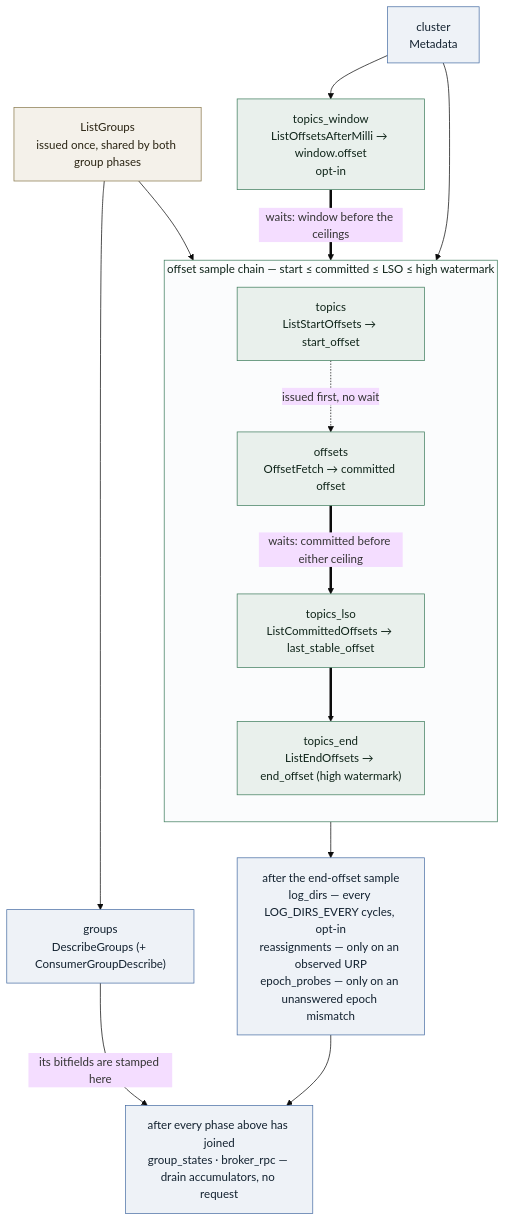
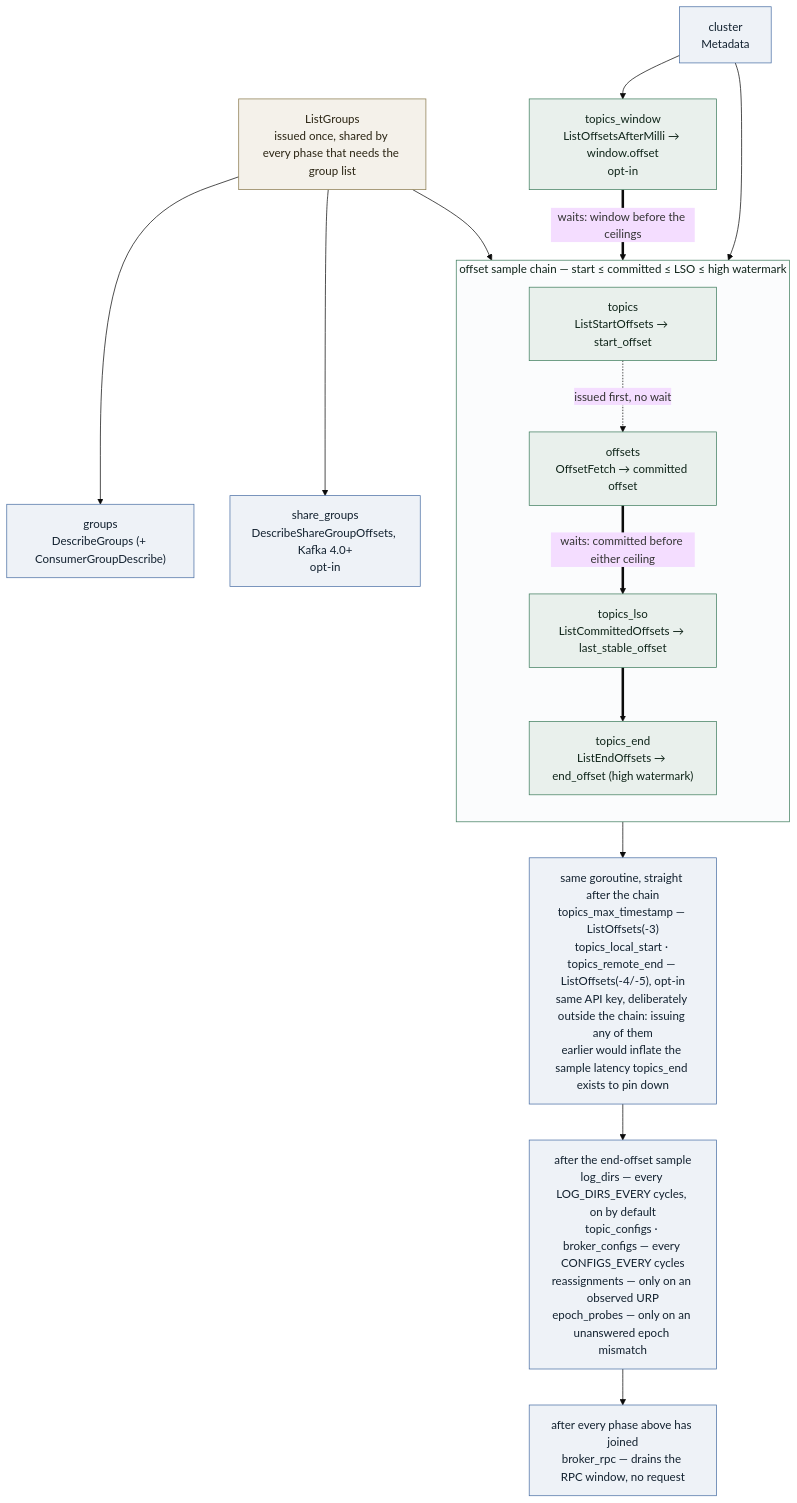
Before and after one commit to streamsight-labs/streamsight-agent: the second of 2 diagrams in README.md, drawn with Mermaid (base theme). The commit also changed other lines of this file and 24 other files, not shown here.

First line of the commit message:
fix(deploy): stop pinning stale cadences in chart/manifests, default … (#8)

````diff
--- a/README.md
+++ b/README.md
@@ -52,38 +52,42 @@
 ```mermaid
 flowchart TB
     MD["cluster<br/>Metadata"]
-    LG["ListGroups<br/>issued once, shared by both group phases"]
+    LG["ListGroups<br/>issued once, shared by every phase that needs the group list"]
     GR["groups<br/>DescribeGroups (+ ConsumerGroupDescribe)"]
+    SG["share_groups<br/>DescribeShareGroupOffsets, Kafka 4.0+<br/>opt-in"]
     WN["topics_window<br/>ListOffsetsAfterMilli → window.offset<br/>opt-in"]
 
     subgraph chain["offset sample chain — start ≤ committed ≤ LSO ≤ high watermark"]
         direction TB
         TS["topics<br/>ListStartOffsets → start_offset"]
         OF["offsets<br/>OffsetFetch → committed offset"]
         LSO["topics_lso<br/>ListCommittedOffsets → last_stable_offset"]
         EN["topics_end<br/>ListEndOffsets → end_offset (high watermark)"]
         TS -. "issued first, no wait" .-> OF
         OF == "waits: committed before either ceiling" ==> LSO
         LSO ==> EN
     end
 
-    POST["after the end-offset sample<br/>log_dirs — every LOG_DIRS_EVERY cycles, opt-in<br/>reassignments — only on an observed URP<br/>epoch_probes — only on an unanswered epoch mismatch"]
-    JOIN["after every phase above has joined<br/>group_states · broker_rpc — drain accumulators, no request"]
+    EXTRA["same goroutine, straight after the chain<br/>topics_max_timestamp — ListOffsets(-3)<br/>topics_local_start · topics_remote_end — ListOffsets(-4/-5), opt-in<br/>same API key, deliberately outside the chain: issuing any of them<br/>earlier would inflate the sample latency topics_end exists to pin down"]
+
+    POST["after the end-offset sample<br/>log_dirs — every LOG_DIRS_EVERY cycles, on by default<br/>topic_configs · broker_configs — every CONFIGS_EVERY cycles<br/>reassignments — only on an observed URP<br/>epoch_probes — only on an unanswered epoch mismatch"]
+    JOIN["after every phase above has joined<br/>broker_rpc — drains the RPC window, no request"]
 
     MD --> chain
     MD --> WN
     LG --> GR
+    LG --> SG
     LG --> OF
     WN == "waits: window before the ceilings" ==> LSO
-    EN --> POST
+    EN --> EXTRA
+    EXTRA --> POST
     POST --> JOIN
-    GR -- "its bitfields are stamped here" --> JOIN
 
     classDef phase fill:#eef2f7,stroke:#4a6fa5,color:#12212f
     classDef shared fill:#f4f1ea,stroke:#8a7a4e,color:#2a2413
     classDef link fill:#e9f0ec,stroke:#3f7d5e,color:#0f2419
-    class MD,GR,POST,JOIN phase
+    class MD,GR,SG,EXTRA,POST,JOIN phase
     class LG shared
     class WN,TS,OF,LSO,EN link
     style chain fill:#fbfcfd,stroke:#3f7d5e,color:#0f2419
 ```
````
